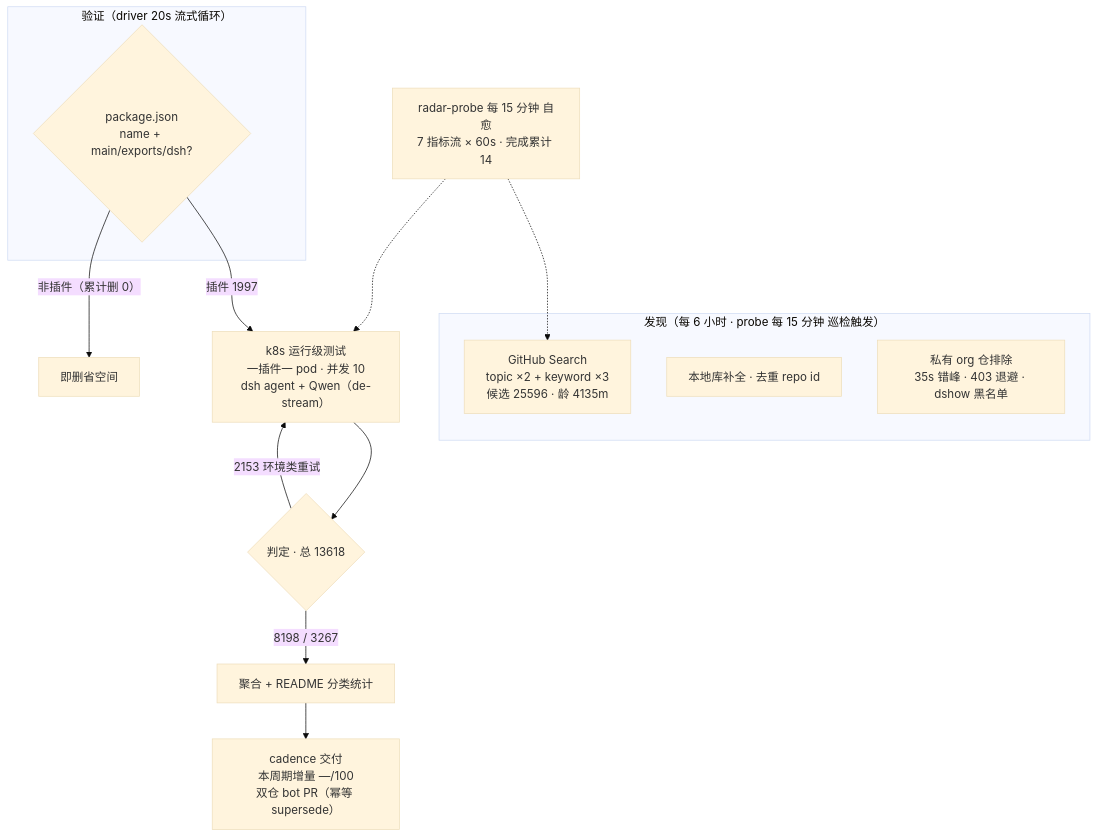
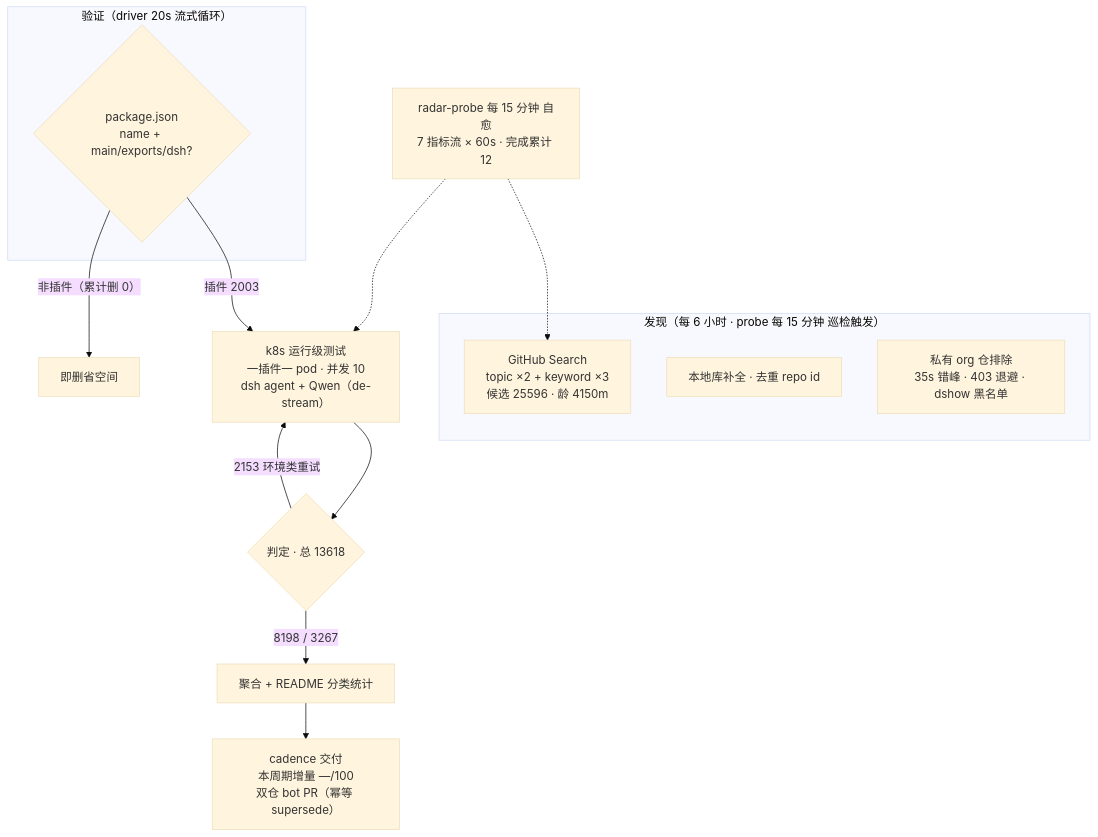
Before and after one commit to Zhidao-Lab-OSS/awesome-dsh-plugins: the diagram in README.md, drawn with Mermaid (base theme). The commit also changed other lines of this file and 1 other file, not shown here.

Commit message:
readme-render: 渲染自快照 20261004T183001Z（自托管 Bot B · merge 门控）

````diff
--- a/README.md
+++ b/README.md
@@ -54,20 +54,20 @@
 ```mermaid
 flowchart TB
     subgraph Discovery["发现（每 6 小时 · probe 每 15 分钟 巡检触发）"]
-        A1["GitHub Search<br/>topic ×2 + keyword ×3<br/>候选 25596 · 龄 4135m"]
+        A1["GitHub Search<br/>topic ×2 + keyword ×3<br/>候选 25596 · 龄 4150m"]
         A2["本地库补全 · 去重 repo id"]
         A3["私有 org 仓排除<br/>35s 错峰 · 403 退避 · dshow 黑名单"]
     end
     subgraph Validation["验证（driver 20s 流式循环）"]
         B1{"package.json<br/>name + main/exports/dsh?"}
     end
-    B1 -->|"插件 1997"| C1["k8s 运行级测试<br/>一插件一 pod · 并发 10<br/>dsh agent + Qwen（de-stream）"]
+    B1 -->|"插件 2003"| C1["k8s 运行级测试<br/>一插件一 pod · 并发 10<br/>dsh agent + Qwen（de-stream）"]
     B1 -->|"非插件（累计删 0）"| B3["即删省空间"]
     C1 --> D1{"判定 · 总 13618"}
     D1 -->|"8198 / 3267"| E1["聚合 + README 分类统计"]
     D1 -->|"2153 环境类重试"| C1
     E1 --> E2["cadence 交付<br/>本周期增量 —/100<br/>双仓 bot PR（幂等 supersede）"]
-    M["radar-probe 每 15 分钟 自愈<br/>7 指标流 × 60s · 完成累计 14"]
+    M["radar-probe 每 15 分钟 自愈<br/>7 指标流 × 60s · 完成累计 12"]
     M -.-> A1
     M -.-> C1
 ```
````
